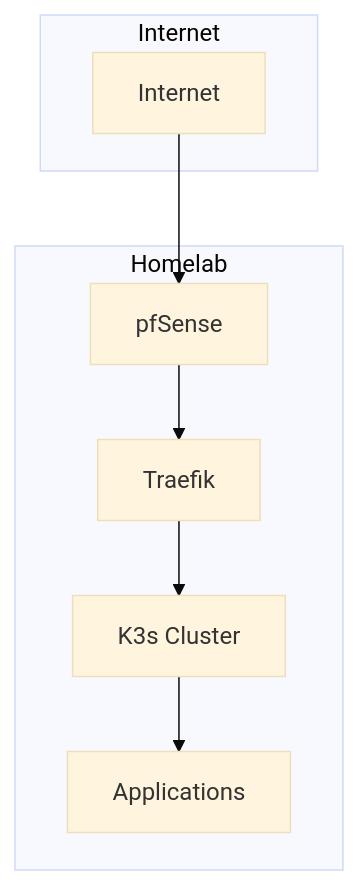
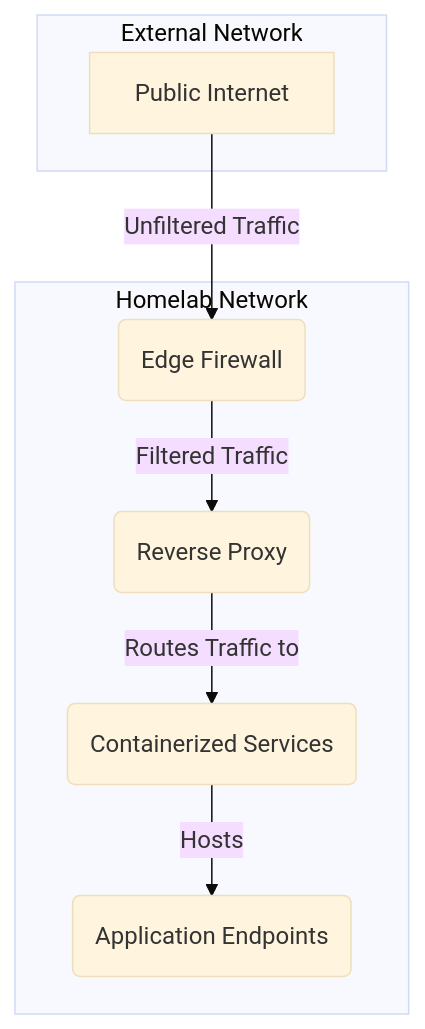
The second of 2 diagrams in README.md (toxicoder/homelabeazy), drawn with Mermaid (base theme) before and after one commit. The commit also changed other lines of this file, not shown here.

First line of the commit message:
docs: Rewrite mermaid diagrams in README

````diff
--- a/README.md
+++ b/README.md
@@ -212,18 +200,18 @@
 ```mermaid
 graph TD
-    subgraph "Internet"
-        A[Internet]
+    subgraph "External Network"
+        A[Public Internet]
     end
 
-    subgraph "Homelab"
-        B[pfSense]
-        C[Traefik]
-        D[K3s Cluster]
-        E[Applications]
+    subgraph "Homelab Network"
+        B(Edge Firewall)
+        C(Reverse Proxy)
+        D(Containerized Services)
+        E(Application Endpoints)
     end
 
-    A --> B
-    B --> C
-    C --> D
-    D --> E
+    A -- Unfiltered Traffic --> B
+    B -- Filtered Traffic --> C
+    C -- Routes Traffic to --> D
+    D -- Hosts --> E
 ```
````
